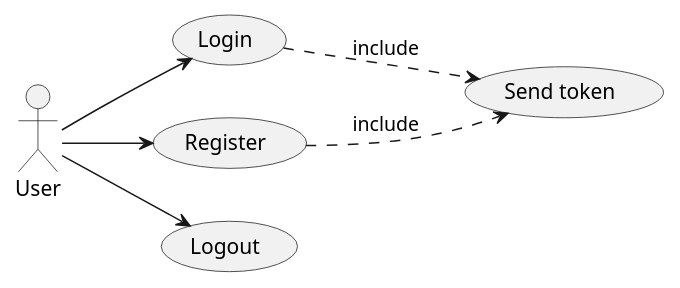
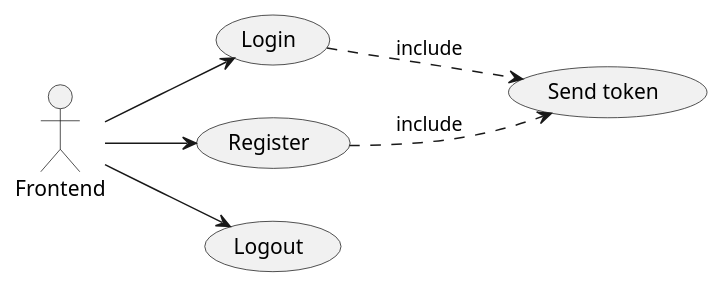
Before and after one commit to EscuelaIt/time-register: the diagram in docs/src/auth-usecases.plantuml, drawn with PlantUML. The commit also changed 4 other files, not shown here.

Commit message:
Actualizar diagramas de casos de uso

```diff
--- a/docs/src/auth-usecases.plantuml
+++ b/docs/src/auth-usecases.plantuml
@@ -1,16 +1,16 @@
 @startuml
 left to right direction
 
-actor User
+actor Frontend
 usecase "Login" as Login
 usecase "Register" as Register
 usecase "Logout" as Logout
 usecase "Send token" as Token
 
-User --> Login
-User --> Register 
-User --> Logout
+Frontend --> Login
+Frontend --> Register 
+Frontend --> Logout
 
 Register ..> Token: include
 Login ..> Token: include
 @enduml
```
